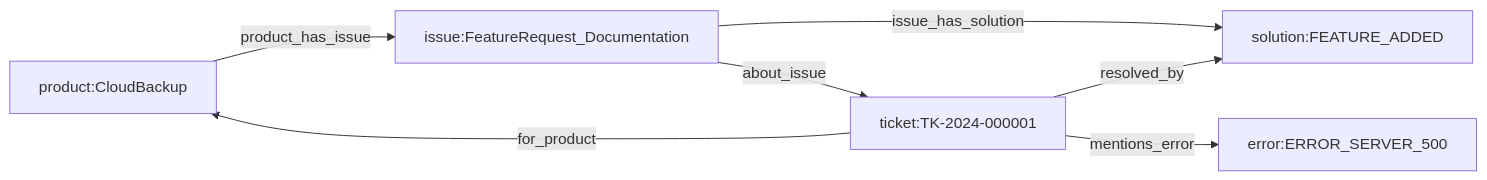
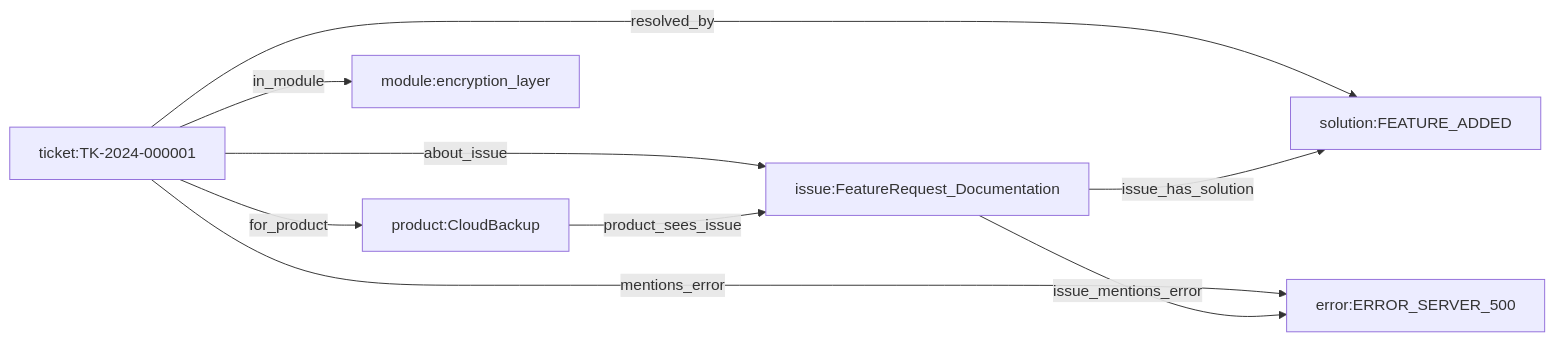
The fourth of 6 diagrams in ARCHITECTURE.md (ramehhpalwai/AI-based-Product-Support-System), drawn with Mermaid before and after one commit. The commit also changed other lines of this file and 4 other files, not shown here.

Commit message:
docs: add project overview, correct graph edge labels, and mark notebooks as documentation

````diff
--- a/ARCHITECTURE.md
+++ b/ARCHITECTURE.md
@@ -141,9 +143,11 @@
 ```mermaid
 flowchart LR
-  Product[product:CloudBackup] -->|product_has_issue| Issue[issue:FeatureRequest_Documentation]
-  Issue -->|about_issue| TicketN[ticket:TK-2024-000001]
-  Issue -->|issue_has_solution| Sol[solution:FEATURE_ADDED]
-  TicketN -->|resolved_by| Sol
+  TicketN[ticket:TK-2024-000001] -->|for_product| Product[product:CloudBackup]
+  TicketN -->|in_module| Module[module:encryption_layer]
+  TicketN -->|about_issue| Issue[issue:FeatureRequest_Documentation]
+  TicketN -->|resolved_by| Sol[solution:FEATURE_ADDED]
   TicketN -->|mentions_error| Err[error:ERROR_SERVER_500]
-  TicketN -->|for_product| Product
+  Product -->|product_sees_issue| Issue
+  Issue -->|issue_has_solution| Sol
+  Issue -->|issue_mentions_error| Err
 ```
````
